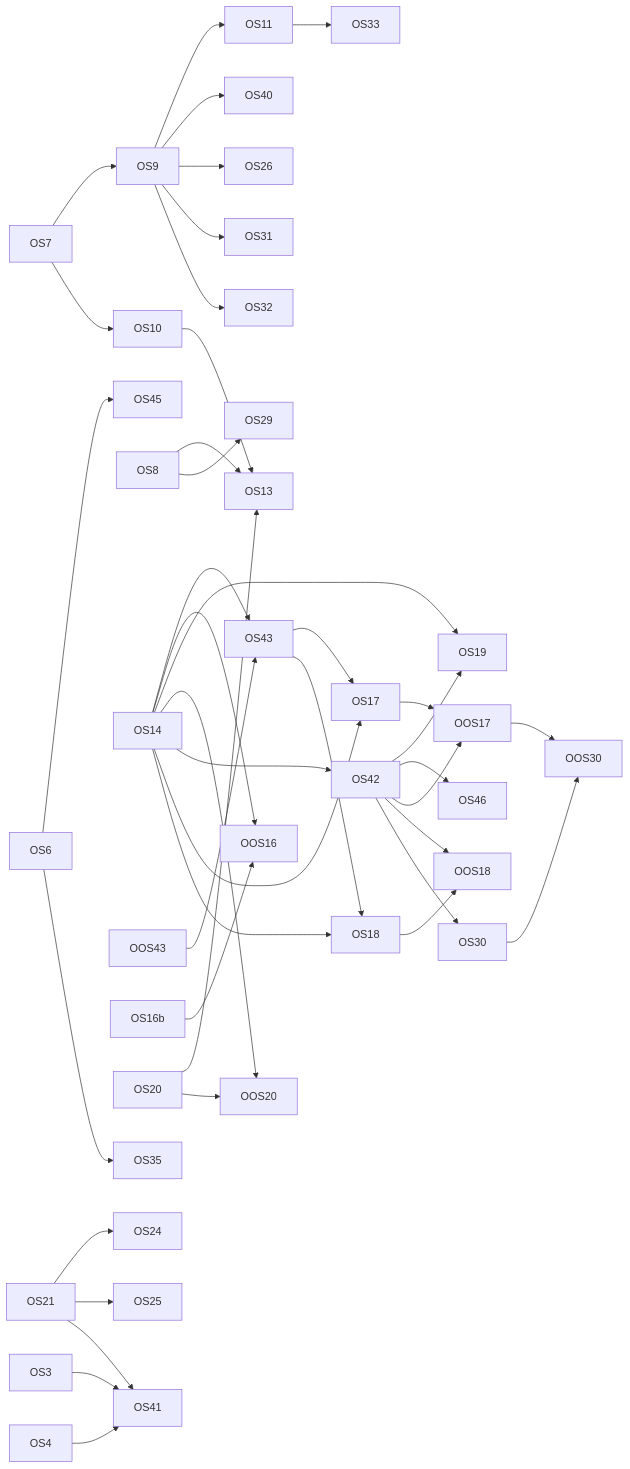
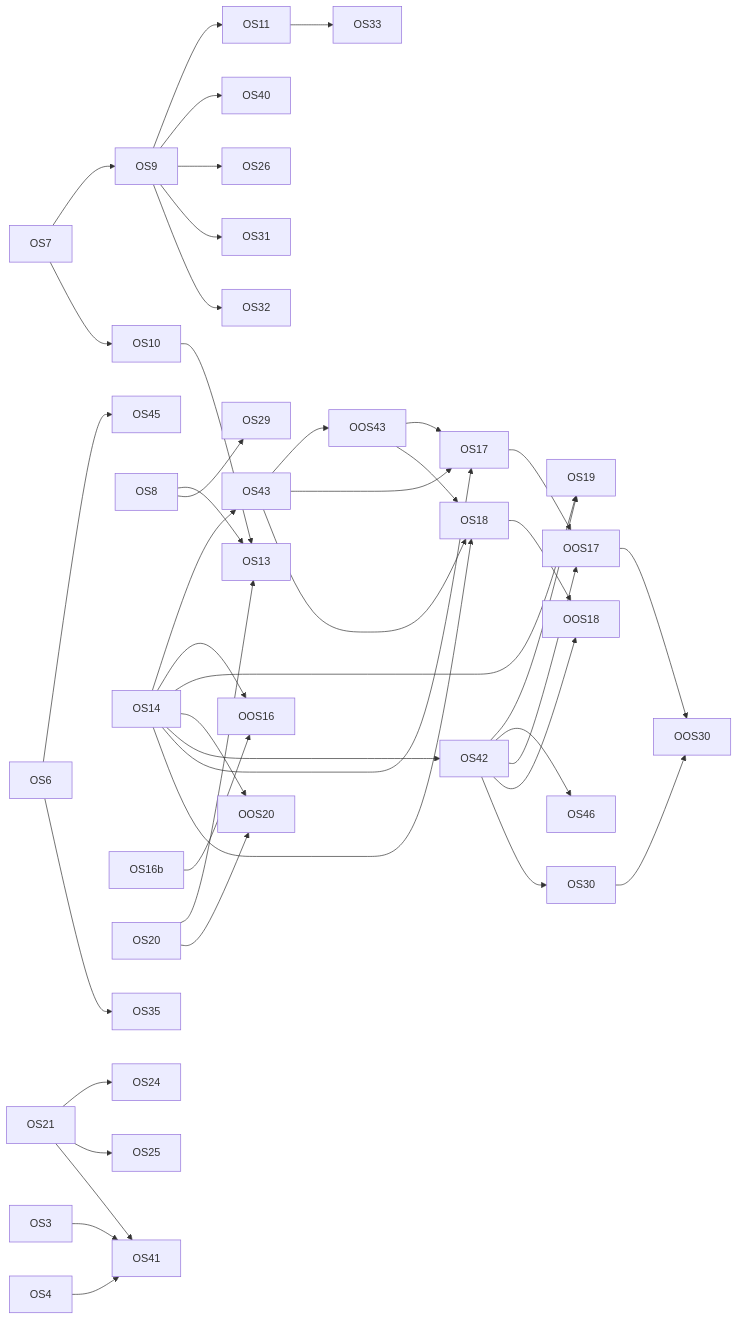
Before and after one commit to diy-accounting-uk/submit.diyaccounting.co.uk: the diagram in PLAN_ORGANIC_SEARCH.md, drawn with Mermaid. The commit also changed other lines of this file and 1 other file, not shown here.

Commit message:
Board: the reviewer's password secret is set; OOS43 keeps the prod seed
The operator gave the go on 2026-11-12. MCP_REVIEWER_PASSWORD is a
GitHub environment secret on ci and prod, so OS43 no longer waits on
OOS43. OOS43 now holds only the go for the first prod seed, after OS43
merges.

Claude-Model: claude-fable-5-2
Claude-Session: https://claude.ai/code/session_01GFg5yRoELaQkhVhbRr5rZ9

````diff
--- a/PLAN_ORGANIC_SEARCH.md
+++ b/PLAN_ORGANIC_SEARCH.md
@@ -918,43 +918,45 @@
 ```mermaid
 flowchart LR
   OS6 --> OS45
   OS7 --> OS9
   OS7 --> OS10
   OS9 --> OS11
   OS9 --> OS40
   OS8 --> OS13
   OS14 --> OS43
-  OOS43 --> OS43
+  OS43 --> OOS43
+  OOS43 --> OS17
+  OOS43 --> OS18
   OS16b --> OOS16
   OS14 --> OOS16
   OS14 --> OS19
   OS42 --> OS19
   OS10 --> OS13
   OS20 --> OS13
   OS14 --> OOS20
   OS20 --> OOS20
   OS14 --> OS42
   OS42 --> OS46
   OS14 --> OS17
   OS43 --> OS17
   OS17 --> OOS17
   OS42 --> OOS17
   OS14 --> OS18
   OS43 --> OS18
   OS18 --> OOS18
   OS42 --> OOS18
   OS21 --> OS24
   OS21 --> OS25
   OS9 --> OS26
   OS8 --> OS29
   OS42 --> OS30
   OS30 --> OOS30
   OOS17 --> OOS30
   OS9 --> OS31
   OS9 --> OS32
   OS11 --> OS33
   OS6 --> OS35
   OS3 --> OS41
   OS4 --> OS41
   OS21 --> OS41
 ```
````
